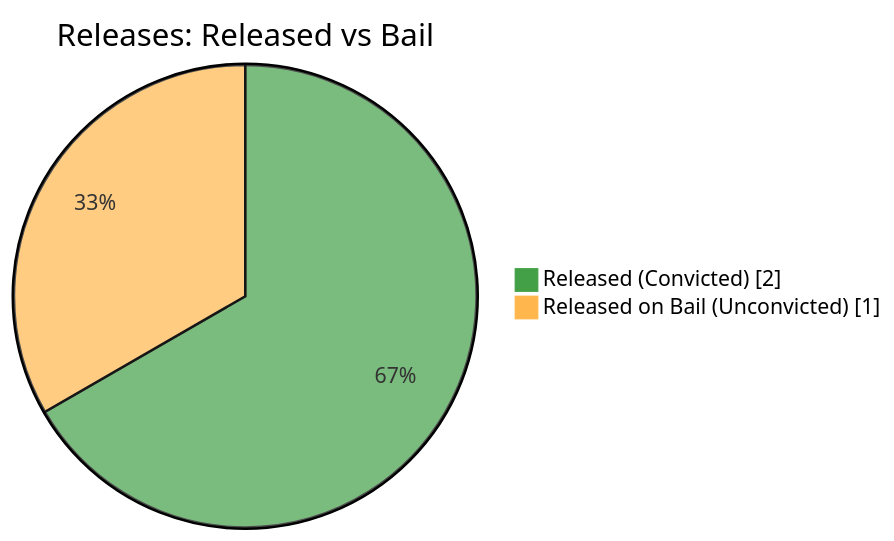
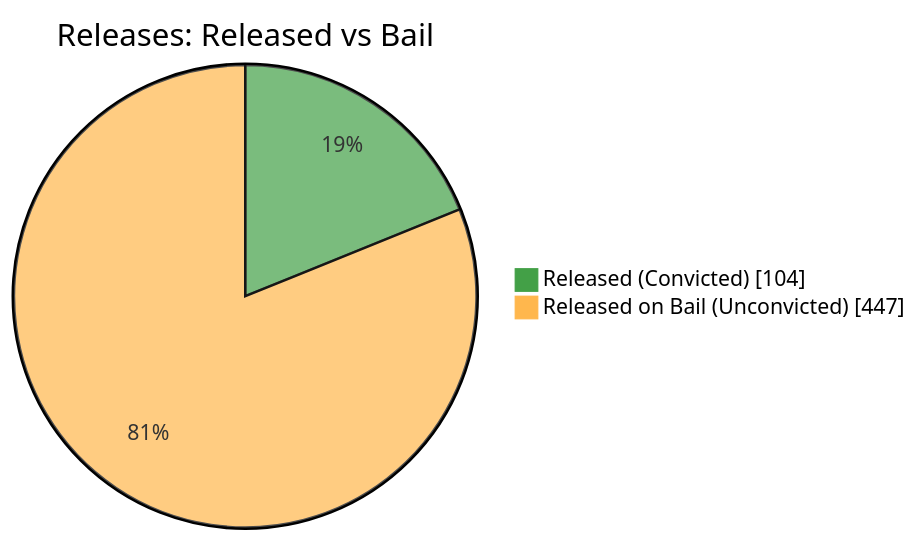
One commit to nuuuwan/lk_prisons changed the fifth of 7 diagrams in README.md. Above: the diagram before and after it, drawn with Mermaid. The commit also changed other lines of this file and 1 other file, not shown here.

````diff
--- a/README.md
+++ b/README.md
@@ -87,6 +87,6 @@
 ```mermaid
 %%{init: {'themeVariables': {'pie1': '#43A047', 'pie2': '#FFB74D'}}}%%
 pie showData title Releases: Released vs Bail
-    "Released (Convicted)" : 2
-    "Released on Bail (Unconvicted)" : 1
+    "Released (Convicted)" : 104
+    "Released on Bail (Unconvicted)" : 447
 ```
````
